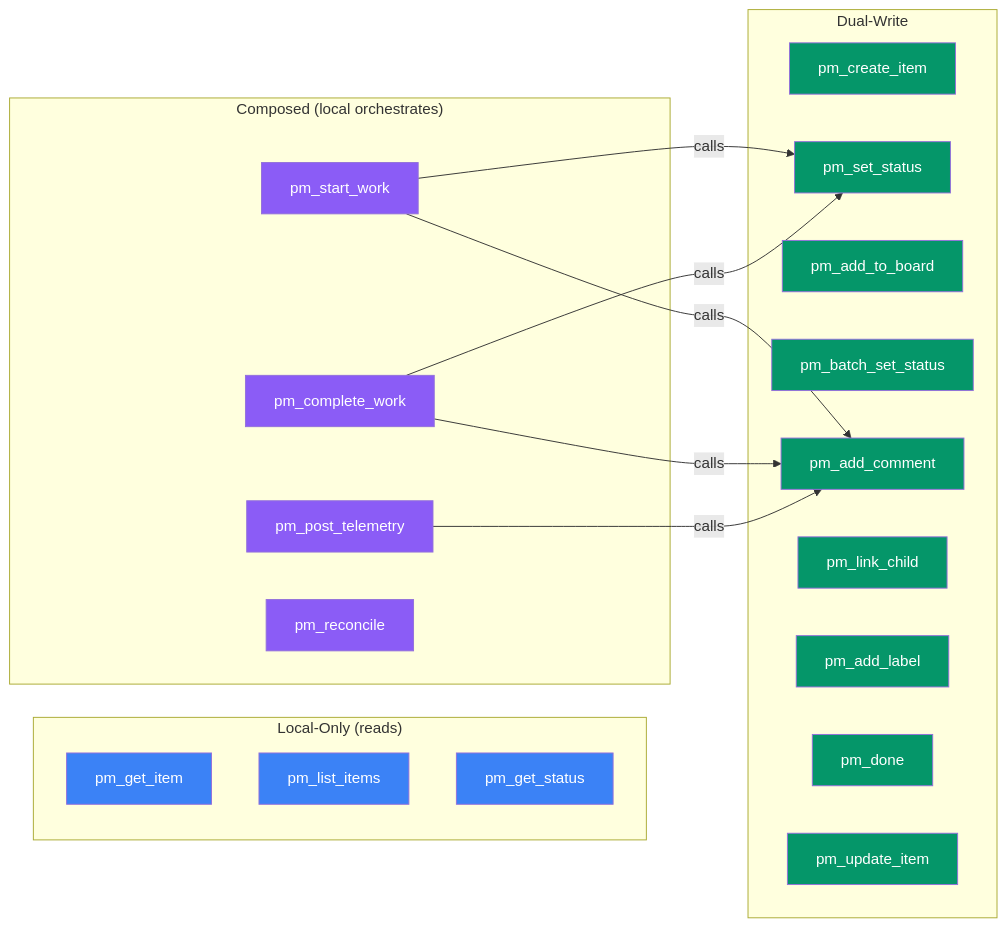
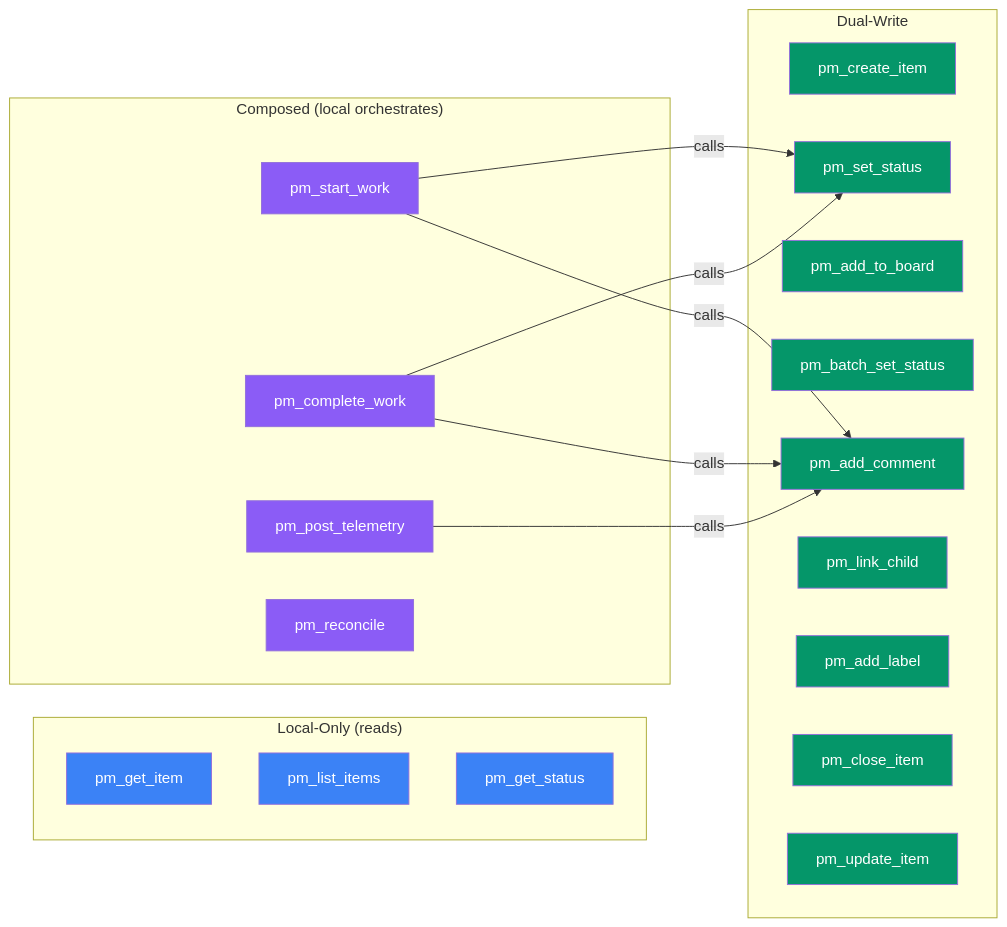
The fourth of 5 diagrams in docs/2-design/2026-03-18-dual-write-pm-layer.md (carlosboeing/agentic-sdlc-workflow), drawn with Mermaid before and after one commit. The commit also changed other lines of this file and 154 other files, not shown here.

First line of the commit message:
Gantt Chart Readability: Story Code Regression and Work Timeline Mode (#255)

````diff
--- a/docs/2-design/2026-03-18-dual-write-pm-layer.md
+++ b/docs/2-design/2026-03-18-dual-write-pm-layer.md
@@ -621,50 +624,50 @@
 ```mermaid
 graph LR
     subgraph "Dual-Write"
         CREATE[pm_create_item]
         STATUS[pm_set_status]
         BOARD[pm_add_to_board]
         BATCH[pm_batch_set_status]
         COMMENT[pm_add_comment]
         LINK[pm_link_child]
         LABEL[pm_add_label]
-        DONE[pm_done]
+        DONE[pm_close_item]
         UPDATE[pm_update_item]
     end
 
     subgraph "Local-Only (reads)"
         GET[pm_get_item]
         LIST[pm_list_items]
         GETSTATUS[pm_get_status]
     end
 
     subgraph "Composed (local orchestrates)"
         START[pm_start_work]
         COMPLETE[pm_complete_work]
         TELEM[pm_post_telemetry]
         RECON[pm_reconcile]
     end
 
     START -->|calls| COMMENT
     START -->|calls| STATUS
     COMPLETE -->|calls| COMMENT
     COMPLETE -->|calls| STATUS
     TELEM -->|calls| COMMENT
 
     style CREATE fill:#059669,color:#fff
     style STATUS fill:#059669,color:#fff
     style BOARD fill:#059669,color:#fff
     style BATCH fill:#059669,color:#fff
     style COMMENT fill:#059669,color:#fff
     style LINK fill:#059669,color:#fff
     style LABEL fill:#059669,color:#fff
     style DONE fill:#059669,color:#fff
     style UPDATE fill:#059669,color:#fff
     style GET fill:#3b82f6,color:#fff
     style LIST fill:#3b82f6,color:#fff
     style GETSTATUS fill:#3b82f6,color:#fff
     style START fill:#8b5cf6,color:#fff
     style COMPLETE fill:#8b5cf6,color:#fff
     style TELEM fill:#8b5cf6,color:#fff
     style RECON fill:#8b5cf6,color:#fff
 ```
````
